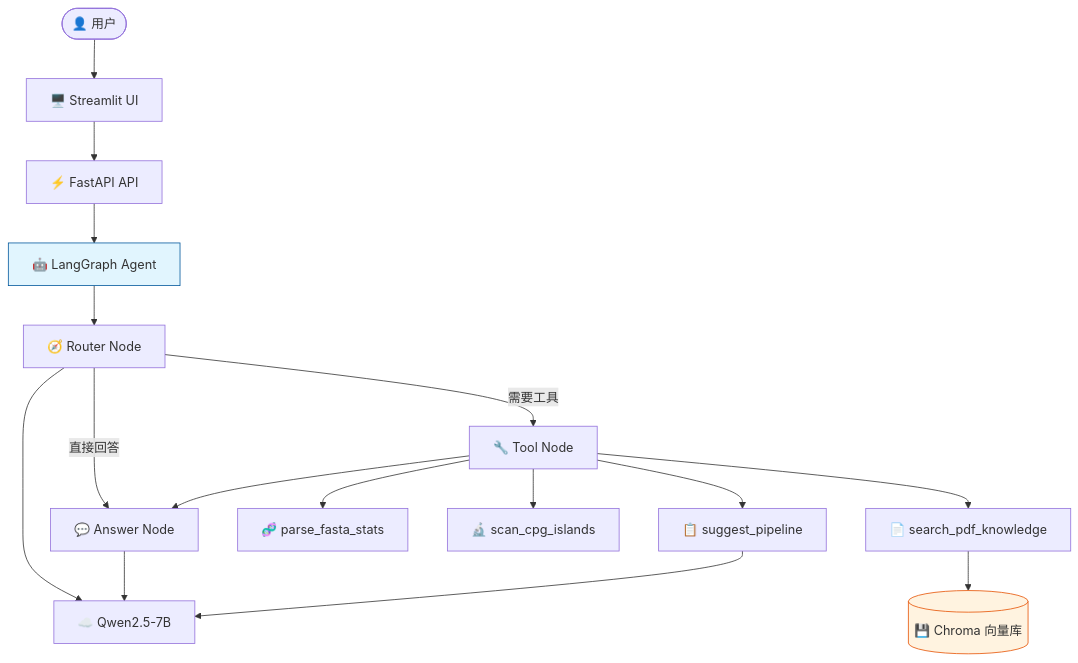
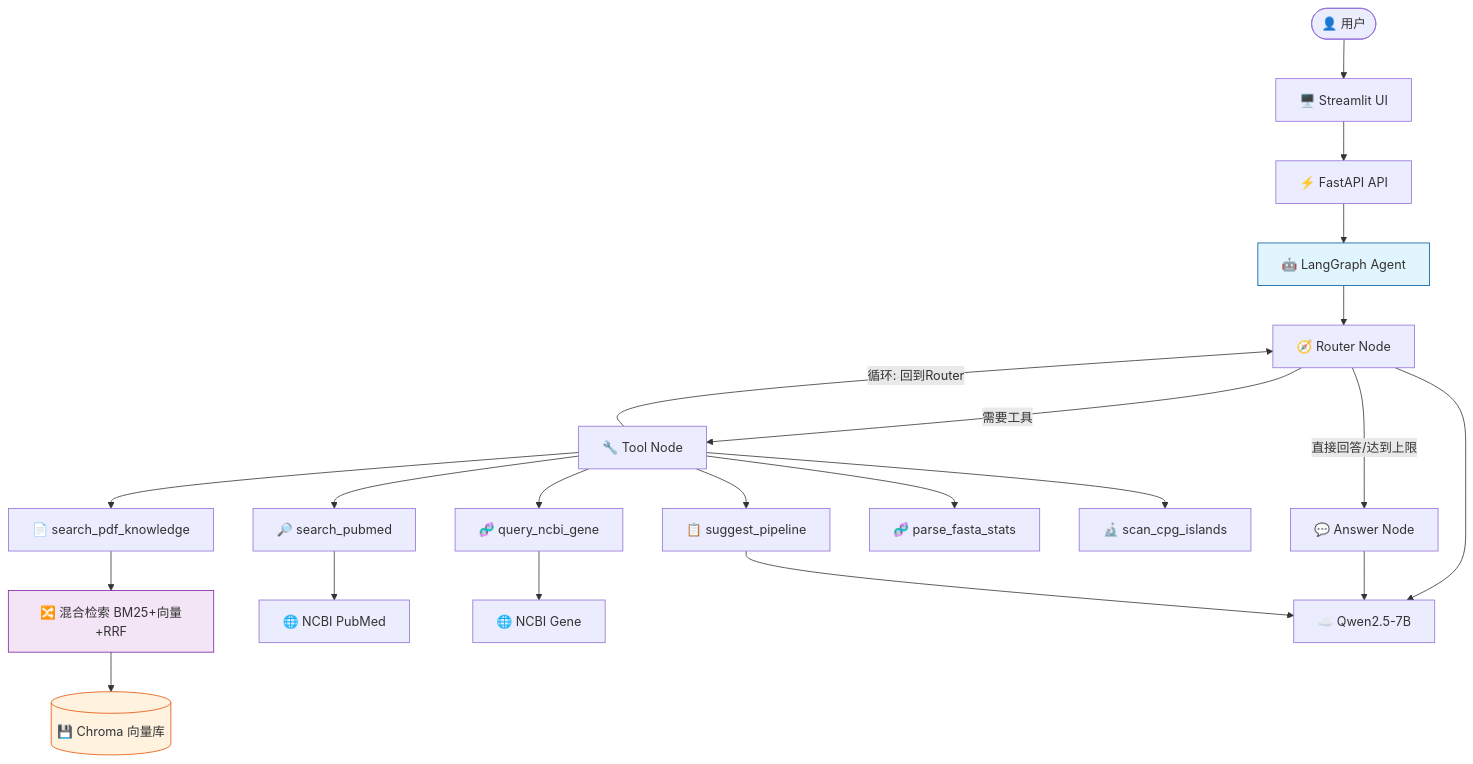
The first of 3 diagrams in README.md (Fengye-01/plantgenome-agent), drawn with Mermaid before and after one commit. The commit also changed other lines of this file and 20 other files, not shown here.

First line of the commit message:
feat: 系统整体升级 - 混合检索、PubMed集成、多工具链式调用、NCBI基因查询

````diff
--- a/README.md
+++ b/README.md
@@ -24,20 +28,26 @@
 ```mermaid
 graph TB
     User([👤 用户]) --> Streamlit[🖥️ Streamlit UI]
     Streamlit --> FastAPI[⚡ FastAPI API]
     FastAPI --> Agent[🤖 LangGraph Agent]
     Agent --> Router[🧭 Router Node]
     Router -->|需要工具| Tool[🔧 Tool Node]
-    Router -->|直接回答| Answer[💬 Answer Node]
-    Tool --> Answer
+    Router -->|直接回答/达到上限| Answer[💬 Answer Node]
+    Tool -->|循环: 回到Router| Router
     Tool --> T1[📄 search_pdf_knowledge]
-    Tool --> T2[🧬 parse_fasta_stats]
-    Tool --> T3[🔬 scan_cpg_islands]
-    Tool --> T4[📋 suggest_pipeline]
-    T1 --> Chroma[(💾 Chroma 向量库)]
+    Tool --> T2[🔎 search_pubmed]
+    Tool --> T3[🧬 query_ncbi_gene]
+    Tool --> T4[🧬 parse_fasta_stats]
+    Tool --> T5[🔬 scan_cpg_islands]
+    Tool --> T6[📋 suggest_pipeline]
+    T1 --> Hybrid[🔀 混合检索 BM25+向量+RRF]
+    Hybrid --> Chroma[(💾 Chroma 向量库)]
+    T2 --> PubMed[🌐 NCBI PubMed]
+    T3 --> NCBI[🌐 NCBI Gene]
     Router --> LLM[☁️ Qwen2.5-7B]
     Answer --> LLM
-    T4 --> LLM
+    T6 --> LLM
     style Agent fill:#e1f5fe,stroke:#01579b
     style Chroma fill:#fff3e0,stroke:#e65100
+    style Hybrid fill:#f3e5f5,stroke:#7b1fa2
 ```
````
